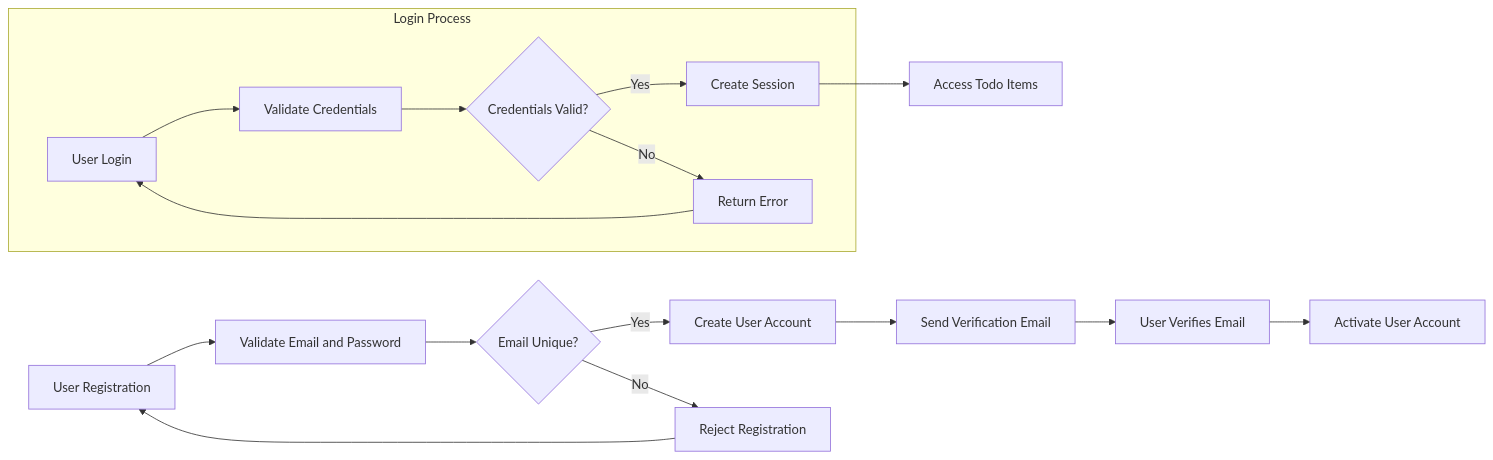
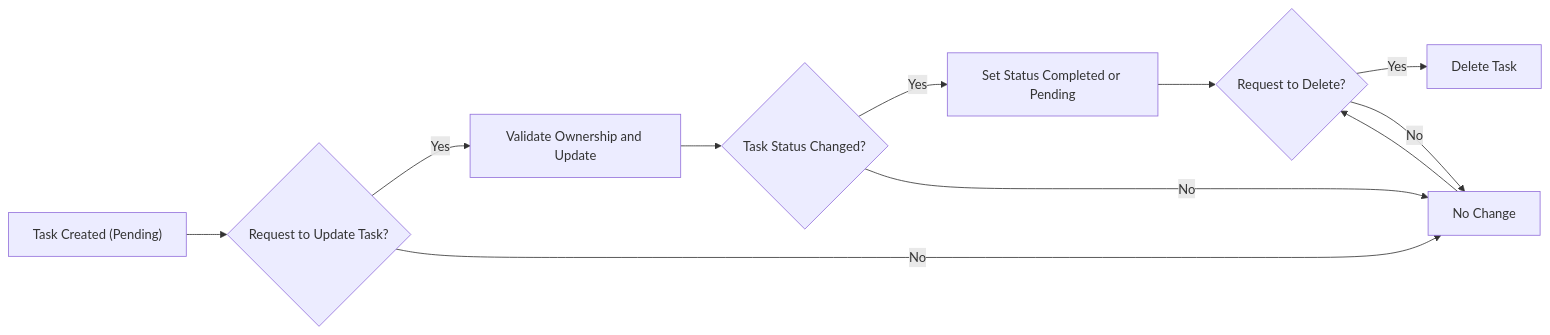
The diagram in docs/analysis/02-user-roles.md (wrtnlabs/autobe-example-todo-openai-gpt-4.1-mini), drawn with Mermaid before and after one commit. The commit also changed other lines of this file and 101 other files, not shown here.

````diff
--- a/docs/analysis/02-user-roles.md
+++ b/docs/analysis/02-user-roles.md
@@ -77,21 +55,13 @@
 ```mermaid
 graph LR
-  A["User Registration"] --> B["Validate Email and Password"]
-  B --> C{"Email Unique?"}
-  C -->|"Yes"| D["Create User Account"]
-  C -->|"No"| E["Reject Registration"]
-  D --> F["Send Verification Email"]
-  F --> G["User Verifies Email"]
-  G --> H["Activate User Account"]
-  
-  subgraph "Login Process"
-    I["User Login"] --> J["Validate Credentials"]
-    J --> K{"Credentials Valid?"}
-    K -->|"Yes"| L["Create Session"]
-    K -->|"No"| M["Return Error"]
-  end
-
-  L --> N["Access Todo Items"]
-  M --> I
-  E --> A
+  A["Task Created (Pending)"] --> B{"Request to Update Task?"}
+  B -->|"Yes"| C["Validate Ownership and Update"]
+  B -->|"No"| D["No Change"]
+  C --> E{"Task Status Changed?"}
+  E -->|"Yes"| F["Set Status Completed or Pending"]
+  E -->|"No"| D
+  F --> G{"Request to Delete?"}
+  D --> G
+  G -->|"Yes"| H["Delete Task"]
+  G -->|"No"| D
 ```
````
